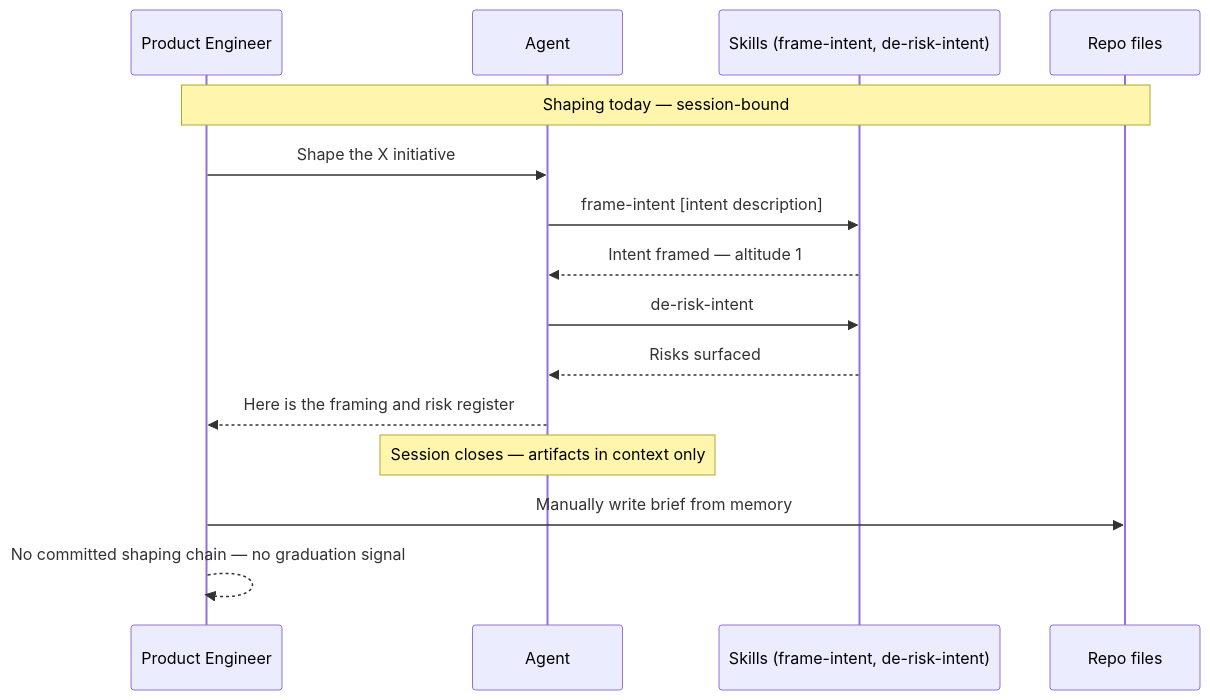
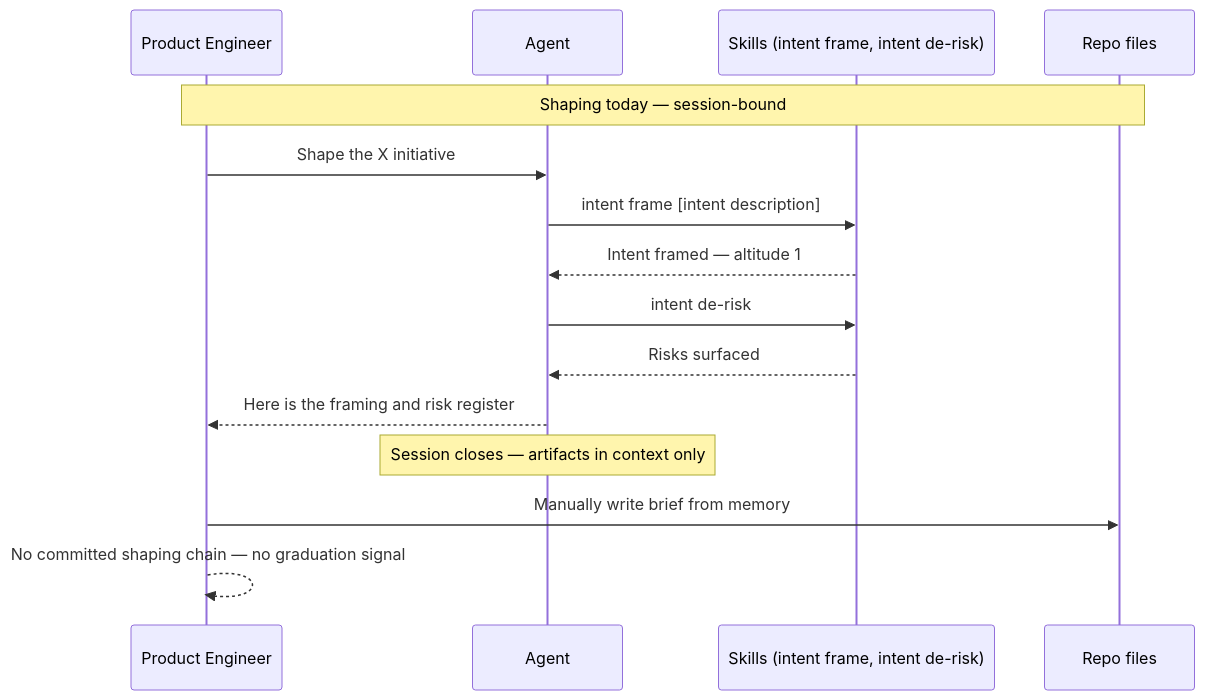
The first of 2 diagrams in docs/product/journeys/product-engineer-shapes-initiative.md (eugenelim/agent-ready-repo), drawn with Mermaid before and after one commit. The commit also changed other lines of this file and 237 other files, not shown here.

````diff
--- a/docs/product/journeys/product-engineer-shapes-initiative.md
+++ b/docs/product/journeys/product-engineer-shapes-initiative.md
@@ -55,18 +55,18 @@
 ```mermaid
 sequenceDiagram
     participant PE as Product Engineer
     participant A as Agent
-    participant SK as Skills (frame-intent, de-risk-intent)
+    participant SK as Skills (intent frame, intent de-risk)
     participant F as Repo files
 
     Note over PE,F: Shaping today — session-bound
     PE->>A: Shape the X initiative
-    A->>SK: frame-intent [intent description]
+    A->>SK: intent frame [intent description]
     SK-->>A: Intent framed — altitude 1
-    A->>SK: de-risk-intent
+    A->>SK: intent de-risk
     SK-->>A: Risks surfaced
     A-->>PE: Here is the framing and risk register
     Note over A: Session closes — artifacts in context only
     PE->>F: Manually write brief from memory
     PE-->>PE: No committed shaping chain — no graduation signal
 ```
````
